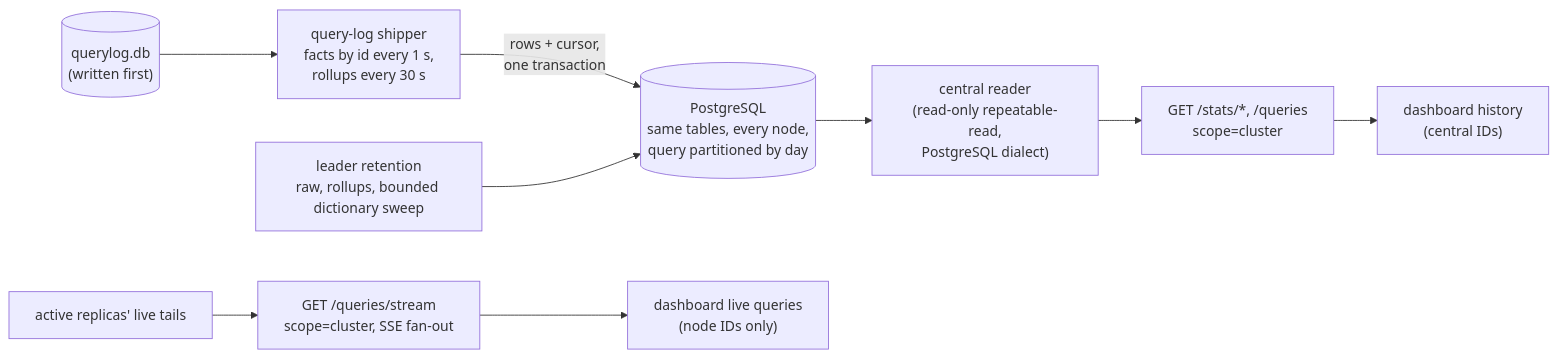
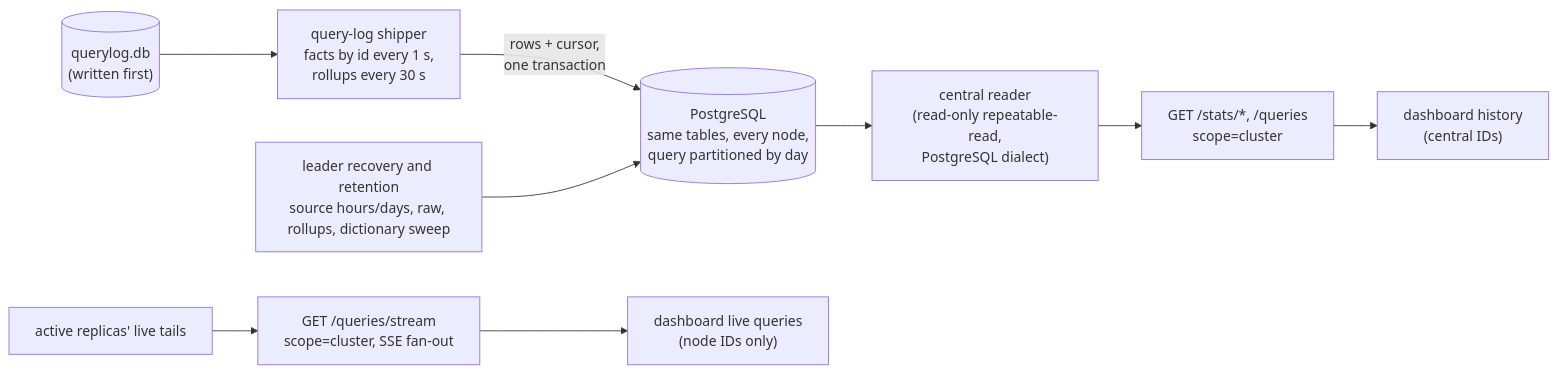
The second of 4 diagrams in docs/architecture/observability.md (robertherbaugh/kudurru), drawn with Mermaid before and after one commit. The commit also changed other lines of this file and 6 other files, not shown here.

````diff
--- a/docs/architecture/observability.md
+++ b/docs/architecture/observability.md
@@ -158,11 +158,11 @@
 ```mermaid
 flowchart LR
     QL[("querylog.db<br/>(written first)")] --> SH["query-log shipper<br/>facts by id every 1 s,<br/>rollups every 30 s"]
     SH -- "rows + cursor,<br/>one transaction" --> PG[("PostgreSQL<br/>same tables, every node,<br/>query partitioned by day")]
-    JAN["leader retention<br/>raw, rollups, bounded dictionary sweep"] --> PG
+    JAN["leader recovery and retention<br/>source hours/days, raw, rollups, dictionary sweep"] --> PG
     PG --> CR["central reader<br/>(read-only repeatable-read,<br/>PostgreSQL dialect)"]
     CR --> API["GET /stats/*, /queries<br/>scope=cluster"]
     API --> HISTORY["dashboard history<br/>(central IDs)"]
     TAIL["active replicas' live tails"] --> STREAM["GET /queries/stream<br/>scope=cluster, SSE fan-out"]
     STREAM --> LIVE["dashboard live queries<br/>(node IDs only)"]
 ```
````
